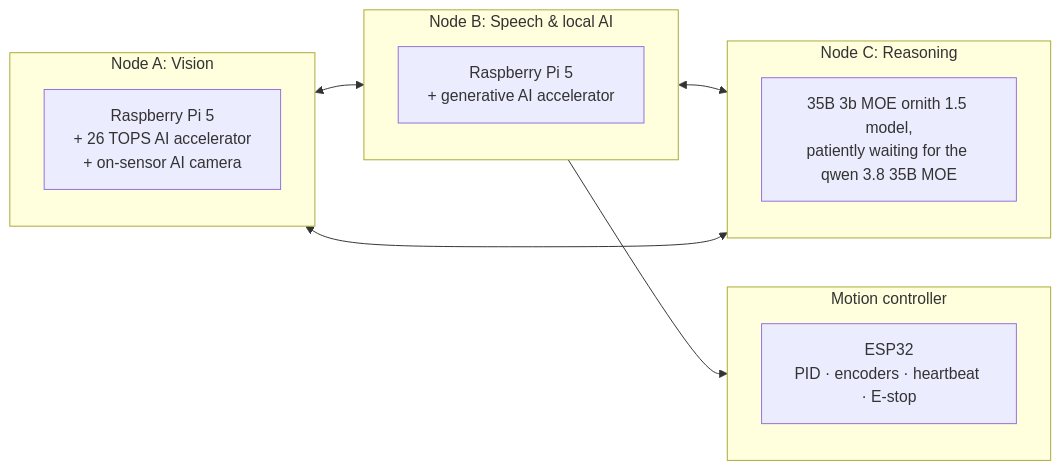
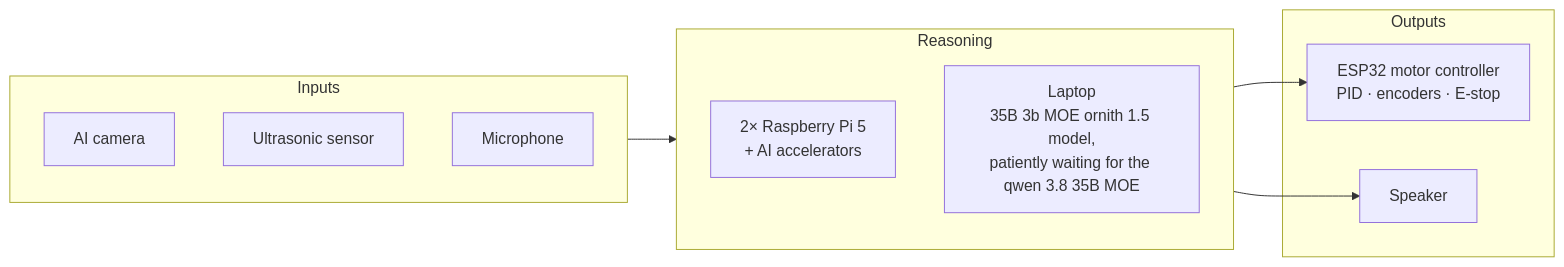
One commit to nicholasueki/sparc changed the diagram in README.md. Above: the diagram before and after it, drawn with Mermaid.

Commit message:
Simplify architecture diagram to inputs, reasoning, outputs

````diff
--- a/README.md
+++ b/README.md
@@ -16,19 +16,19 @@
 ```mermaid
 flowchart LR
-    subgraph A["Node A: Vision"]
-        A1["Raspberry Pi 5<br/>+ 26 TOPS AI accelerator<br/>+ on-sensor AI camera"]
+    subgraph IN["Inputs"]
+        CAM["AI camera"]
+        US["Ultrasonic sensor"]
+        MIC["Microphone"]
     end
-    subgraph B["Node B: Speech & local AI"]
-        B1["Raspberry Pi 5<br/>+ generative AI accelerator"]
+    subgraph THINK["Reasoning"]
+        PI["2× Raspberry Pi 5<br/>+ AI accelerators"]
+        LAP["Laptop<br/>35B 3b MOE ornith 1.5 model,<br/>patiently waiting for the qwen 3.8 35B MOE"]
     end
-    subgraph C["Node C: Reasoning"]
-        C1["35B 3b MOE ornith 1.5 model,<br/>patiently waiting for the qwen 3.8 35B MOE"]
+    subgraph OUT["Outputs"]
+        MOT["ESP32 motor controller<br/>PID · encoders · E-stop"]
+        SPK["Speaker"]
     end
-    subgraph M["Motion controller"]
-        M1["ESP32<br/>PID · encoders · heartbeat · E-stop"]
-    end
-    A <--> B
-    B <--> C
-    A <--> C
-    B --> M
+    IN --> THINK
+    THINK --> MOT
+    THINK --> SPK
 ```
````
